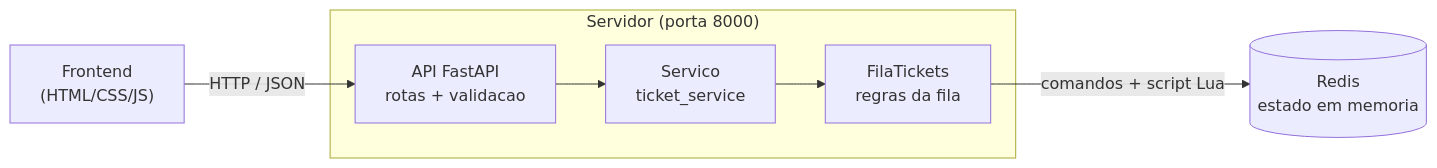
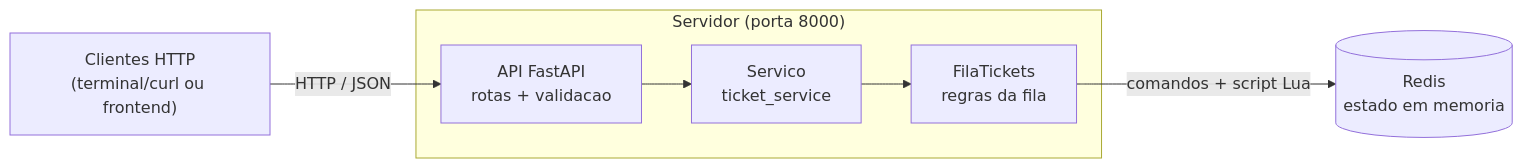
Before and after one commit to Pedrocavalcantip/support-ticket-hub: the diagram in README.md, drawn with Mermaid. The commit also changed other lines of this file and 5 other files, not shown here.

````diff
--- a/README.md
+++ b/README.md
@@ -69,17 +60,17 @@
 ```mermaid
 flowchart LR
-    FE["Frontend<br/>(HTML/CSS/JS)"]
+    CLIENTES["Clientes HTTP<br/>(terminal/curl ou frontend)"]
 
     subgraph servidor["Servidor (porta 8000)"]
         API["API FastAPI<br/>rotas + validacao"]
         SVC["Servico<br/>ticket_service"]
         FILA["FilaTickets<br/>regras da fila"]
     end
 
     RD[("Redis<br/>estado em memoria")]
 
-    FE -- "HTTP / JSON" --> API
+    CLIENTES -- "HTTP / JSON" --> API
     API --> SVC
     SVC --> FILA
     FILA -- "comandos + script Lua" --> RD
 ```
````
